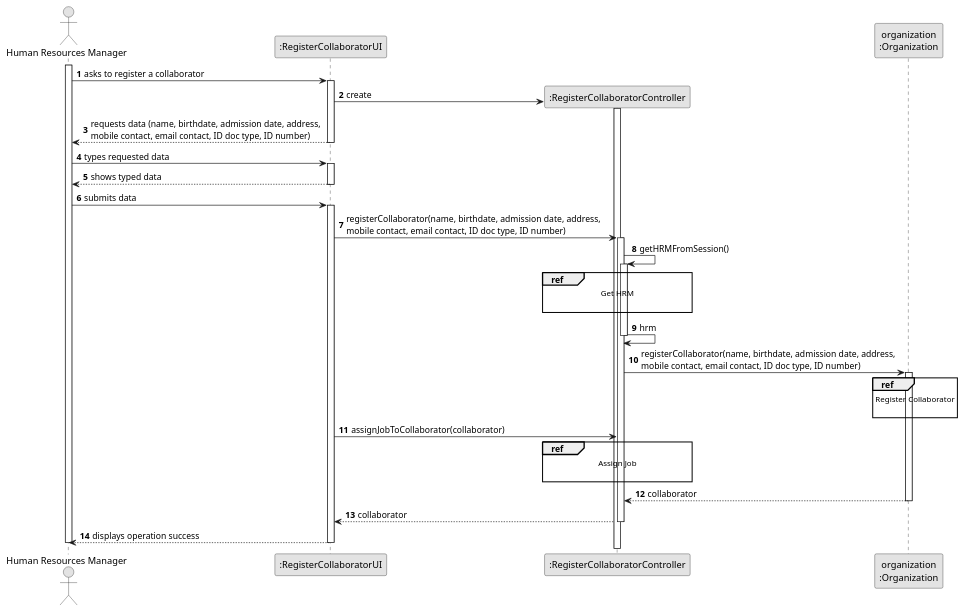
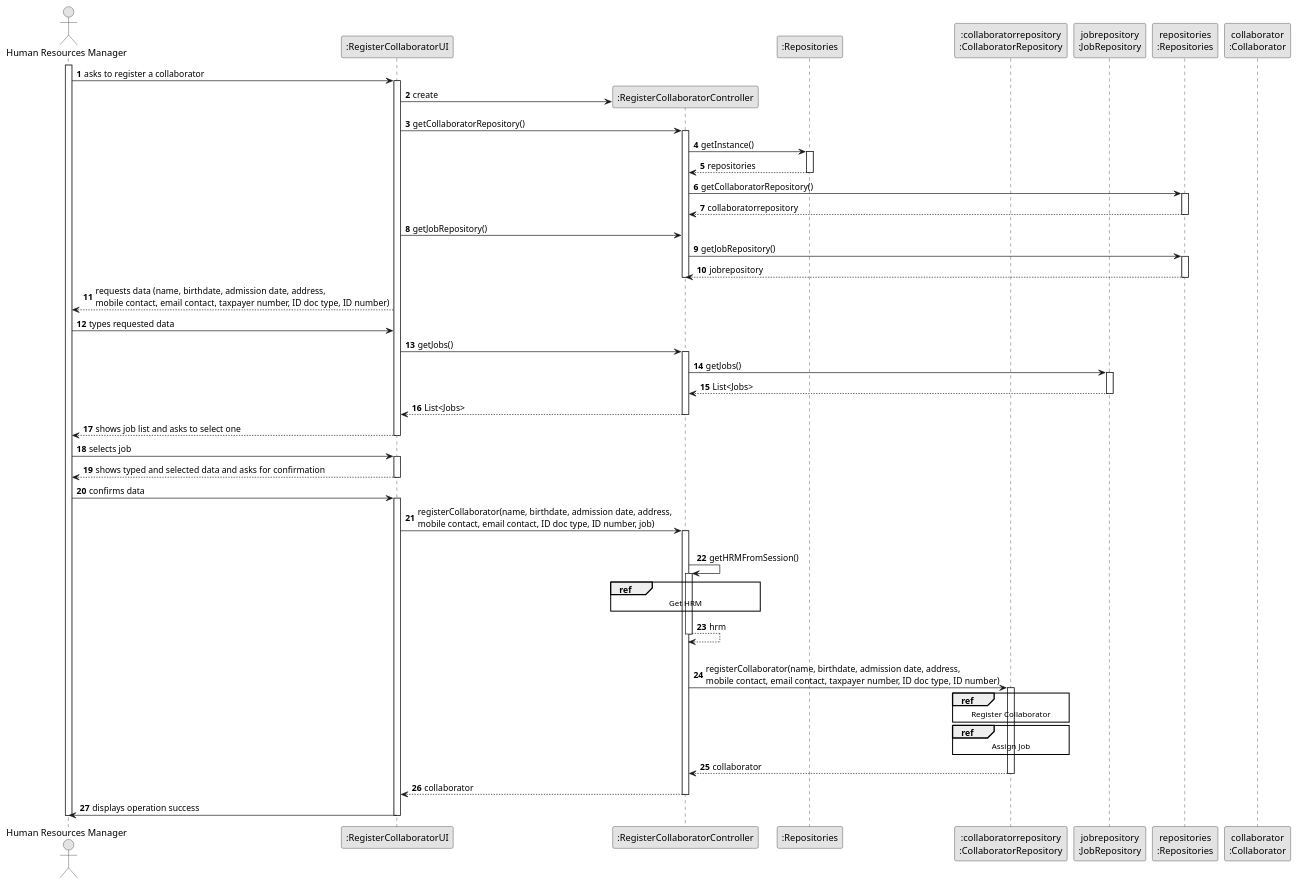
Before and after one commit to tiagosoa/lei-24-s2-1dgh-g073: the diagram in docs/sprint3/us003/03.design/puml/us003-sequence-diagram-split.puml, drawn with PlantUML. The commit also changed 27 other files, not shown here.

```diff
--- a/docs/sprint3/us003/03.design/puml/us003-sequence-diagram-split.puml
+++ b/docs/sprint3/us003/03.design/puml/us003-sequence-diagram-split.puml
@@ -1,78 +1,129 @@
 @startuml
 skinparam monochrome true
 skinparam packageStyle rectangle
 skinparam shadowing false
 
 autonumber
 
 'hide footbox
 actor "Human Resources Manager" as ADM
 participant ":RegisterCollaboratorUI" as UI
 participant ":RegisterCollaboratorController" as CTRL
-participant "organization\n:Organization" as ORG
+participant ":Repositories" as RepositorySingleton
+participant ":collaboratorrepository\n:CollaboratorRepository" as CR
+participant "jobrepository\n:JobRepository" as JR
+participant "repositories\n:Repositories" as PLAT
+participant "collaborator\n:Collaborator" as COLABORADOR
 
 activate ADM
 
-    ADM -> UI : asks to register a collaborator
+        ADM -> UI : asks to register a collaborator
 
+        activate UI
+
+'            UI --> ADM : requests data (name)
+            'create CTRL
+            UI -> CTRL** : create
+             UI -> CTRL : getCollaboratorRepository()
+             activate CTRL
+
+             CTRL -> RepositorySingleton : getInstance()
+                                         activate RepositorySingleton
+
+                                             RepositorySingleton --> CTRL: repositories
+                                         deactivate RepositorySingleton
+
+                     CTRL -> PLAT : getCollaboratorRepository()
+                             activate PLAT
+
+                         PLAT --> CTRL : collaboratorrepository
+                         deactivate PLAT
+
+                     UI -> CTRL: getJobRepository()
+
+                     CTRL -> PLAT : getJobRepository()
+                             activate PLAT
+
+                         PLAT --> CTRL : jobrepository
+                         deactivate PLAT
+                   deactivate CTRL
+
+    UI --> ADM : requests data (name, birthdate, admission date, address, \nmobile contact, email contact, taxpayer number, ID doc type, ID number)
+
+
+    ADM -> UI : types requested data
+
+                UI -> CTRL: getJobs()
+                activate CTRL
+
+                         CTRL -> JR: getJobs()
+                              activate JR
+
+                         JR --> CTRL: List<Jobs>
+                              deactivate JR
+
+                         CTRL --> UI: List<Jobs>
+            deactivate CTRL
+
+    UI --> ADM : shows job list and asks to select one
+    deactivate UI
+
+    ADM -> UI : selects job
     activate UI
 
-        UI -> CTRL** : create
+    UI --> ADM : shows typed and selected data and asks for confirmation
+    deactivate UI
 
+    ADM -> UI : confirms data
+    activate UI
+
+
+        UI -> CTRL : registerCollaborator(name, birthdate, admission date, address, \nmobile contact, email contact, ID doc type, ID number, job)
         activate CTRL
 
-        UI --> ADM : requests data (name, birthdate, admission date, address, \nmobile contact, email contact, ID doc type, ID number)
-    deactivate UI
-
-    ADM -> UI : types requested data
-    activate UI
-
-        UI --> ADM : shows typed data
-    deactivate UI
-
-    ADM -> UI : submits data
-    activate UI
-
-        UI -> CTRL : registerCollaborator(name, birthdate, admission date, address, \nmobile contact, email contact, ID doc type, ID number)
-        activate CTRL
-
+            |||
             CTRL -> CTRL : getHRMFromSession()
             activate CTRL
 
                 ref over CTRL
-                    Get HRM
+                Get HRM
+                end
 
-                end ref
-                CTRL -> CTRL : hrm
-            deactivate CTRL
+                CTRL --> CTRL : hrm
+deactivate CTRL
 
-  
+            |||
+            CTRL -> CR: registerCollaborator(name, birthdate, admission date, address, \nmobile contact, email contact, taxpayer number, ID doc type, ID number)
+            activate CR
 
+                        ref over CR
+                        Register Collaborator
+                        end
 
-            CTRL -> ORG: registerCollaborator(name, birthdate, admission date, address, \nmobile contact, email contact, ID doc type, ID number)
-            activate ORG
+                        ref over CR
+                        Assign Job
+                        end
 
 
 
-                                ref over ORG
-                                    Register Collaborator
 
-                end
-                 UI -> CTRL: assignJobToCollaborator(collaborator)
+                       CR --> CTRL: collaborator
 
-                                                ref over CTRL
-                                                    Assign Job
+                       deactivate CR
 
-                                end
 
-                ORG --> CTRL : collaborator
-            deactivate ORG
+
+
+
+
+
+            deactivate CR
 
             CTRL --> UI: collaborator
             deactivate CTRL
-            UI --> ADM: displays operation success
+            UI -> ADM: displays operation success
     deactivate UI
 
 deactivate ADM
 
 @enduml
```
